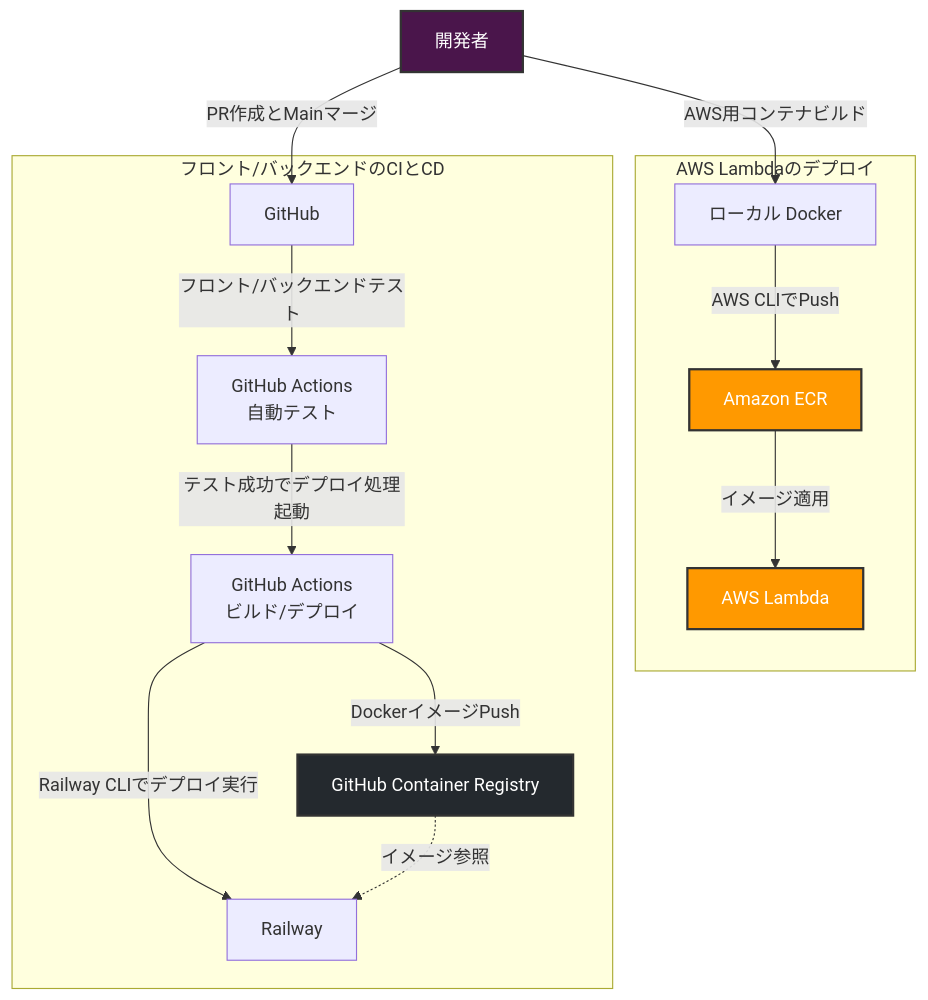
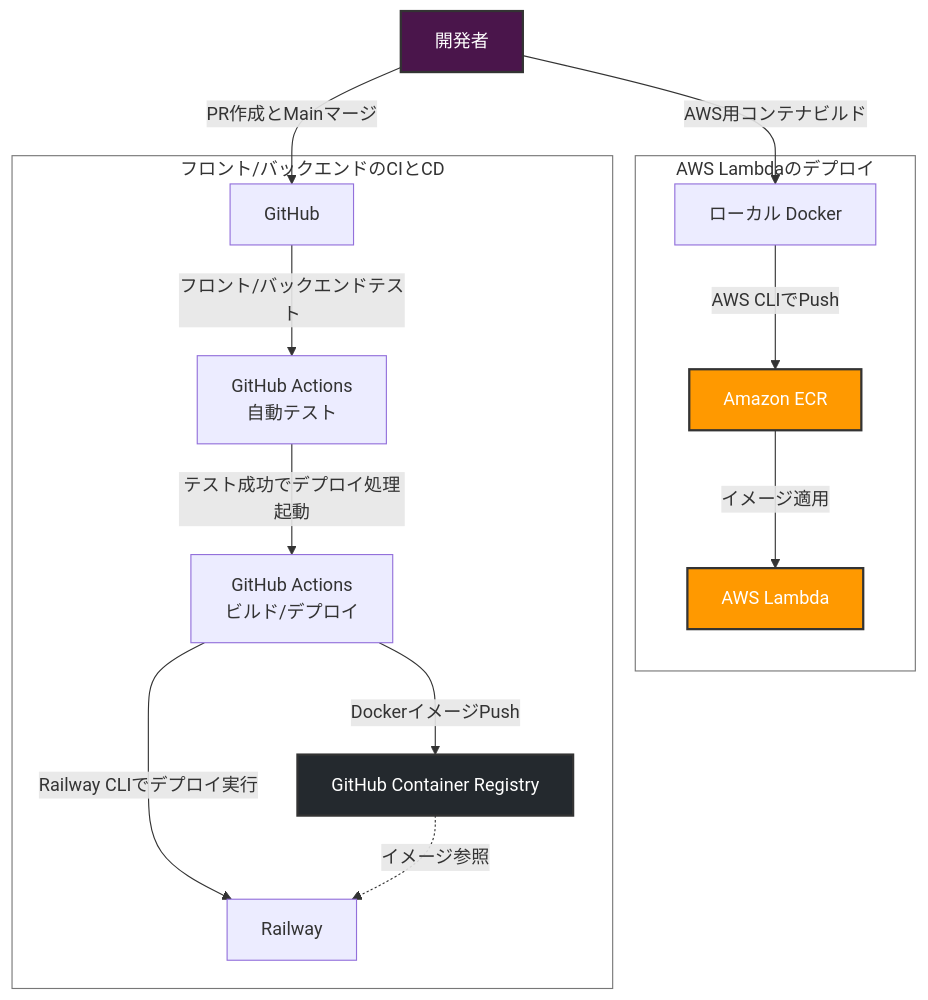
One commit to masa2401/FullStack-CreateSkillSheet changed the first of 2 diagrams in README.md. Above: the diagram before and after it, drawn with Mermaid. The commit also changed other lines of this file, not shown here.

Commit message:
mermaid修正

````diff
--- a/README.md
+++ b/README.md
@@ -23,37 +23,38 @@
 ```mermaid
+%%{init: {"themeVariables": {"clusterBkg": "transparent", "clusterBorder": "#777"}}}%%
 graph TD
     Developer[開発者]
 
     subgraph LambdaDeploy [AWS Lambdaのデプロイ]
         LocalDocker[ローカル Docker]
         ECR[Amazon ECR]
         Lambda[AWS Lambda]
     end
 
     subgraph AppDeploy [フロント/バックエンドのCIとCD]
         GitHub[GitHub]
         GHATest[GitHub Actions<br>自動テスト]
         GHADeploy[GitHub Actions<br>ビルド/デプロイ]
         GHCR[GitHub Container Registry]
         Railway[Railway]
     end
 
     %% アプリ本体のデプロイフロー
     Developer -->|PR作成とMainマージ| GitHub
     GitHub -->|フロント/バックエンドテスト| GHATest
     GHATest -->|テスト成功でデプロイ処理起動| GHADeploy
     GHADeploy -->|DockerイメージPush| GHCR
     GHADeploy -->|Railway CLIでデプロイ実行| Railway
     GHCR -.->|イメージ参照| Railway
 
     %% AWS Lambdaのデプロイフロー
     Developer -->|AWS用コンテナビルド| LocalDocker
     LocalDocker -->|AWS CLIでPush| ECR
     ECR -->|イメージ適用| Lambda
 
     %% スタイルの設定
     style Developer fill:#4A154B,stroke:#333,stroke-width:2px,color:#fff
     style Lambda fill:#FF9900,stroke:#333,stroke-width:2px,color:#fff
     style ECR fill:#FF9900,stroke:#333,stroke-width:2px,color:#fff
     style GHCR fill:#24292e,stroke:#333,stroke-width:2px,color:#fff
 ```
````
